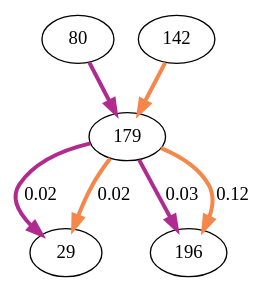
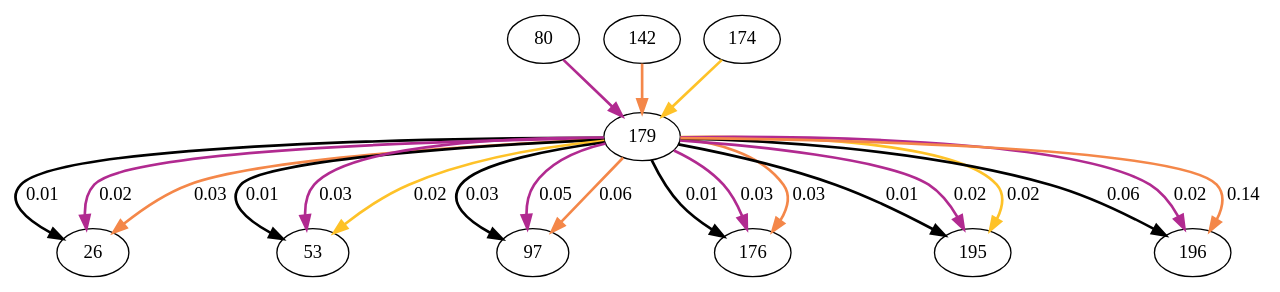
Before and after one commit to jonhyona/Potts_python_Ghislain: the diagram in graph/my_graph179.dot, drawn with Graphviz. The commit also changed 54 other files, not shown here.

```diff
--- a/graph/my_graph179.dot
+++ b/graph/my_graph179.dot
@@ -1,13 +1,33 @@
 digraph  {
 80;
 179;
-29;
+26;
 142;
+53;
+174;
+97;
+176;
+195;
 196;
-80 -> 179  [color="#b12a90", key=0, penwidth=3];
-179 -> 29  [color="#b12a90", key=0, label="0.02", penwidth=3];
-179 -> 29  [color="#f48749", key=1, label="0.02", penwidth=3];
-179 -> 196  [color="#b12a90", key=0, label="0.03", penwidth=3];
-179 -> 196  [color="#f48749", key=1, label="0.12", penwidth=3];
-142 -> 179  [color="#f48749", key=0, penwidth=3];
+80 -> 179  [color="#b12a90", key=0, penwidth=2];
+179 -> 26  [color=black, key=0, label="0.01", penwidth=2];
+179 -> 26  [color="#b12a90", key=1, label="0.02", penwidth=2];
+179 -> 26  [color="#f48749", key=2, label="0.03", penwidth=2];
+179 -> 53  [color=black, key=0, label="0.01", penwidth=2];
+179 -> 53  [color="#b12a90", key=1, label="0.03", penwidth=2];
+179 -> 53  [color="#fec228", key=2, label="0.02", penwidth=2];
+179 -> 97  [color=black, key=0, label="0.03", penwidth=2];
+179 -> 97  [color="#b12a90", key=1, label="0.05", penwidth=2];
+179 -> 97  [color="#f48749", key=2, label="0.06", penwidth=2];
+179 -> 176  [color=black, key=0, label="0.01", penwidth=2];
+179 -> 176  [color="#b12a90", key=1, label="0.03", penwidth=2];
+179 -> 176  [color="#f48749", key=2, label="0.03", penwidth=2];
+179 -> 195  [color=black, key=0, label="0.01", penwidth=2];
+179 -> 195  [color="#b12a90", key=1, label="0.02", penwidth=2];
+179 -> 195  [color="#fec228", key=2, label="0.02", penwidth=2];
+179 -> 196  [color=black, key=0, label="0.06", penwidth=2];
+179 -> 196  [color="#b12a90", key=1, label="0.02", penwidth=2];
+179 -> 196  [color="#f48749", key=2, label="0.14", penwidth=2];
+142 -> 179  [color="#f48749", key=0, penwidth=2];
+174 -> 179  [color="#fec228", key=0, penwidth=2];
 }
```
